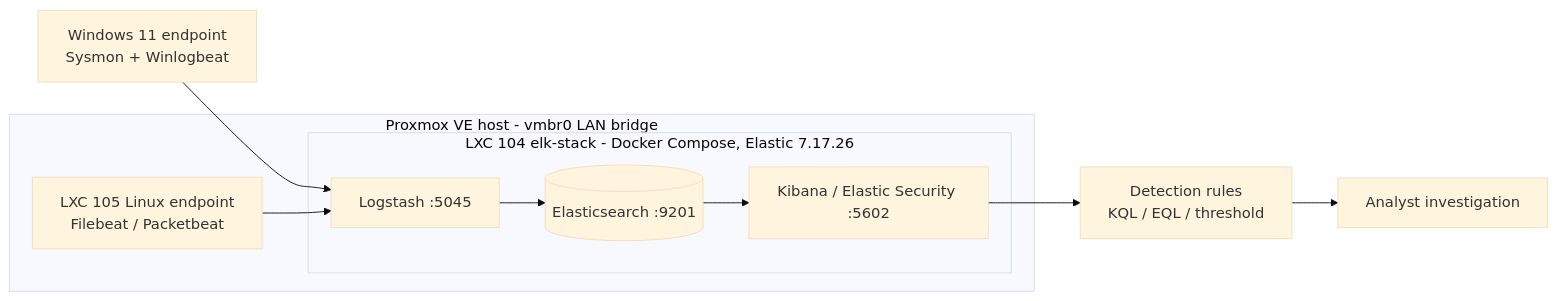
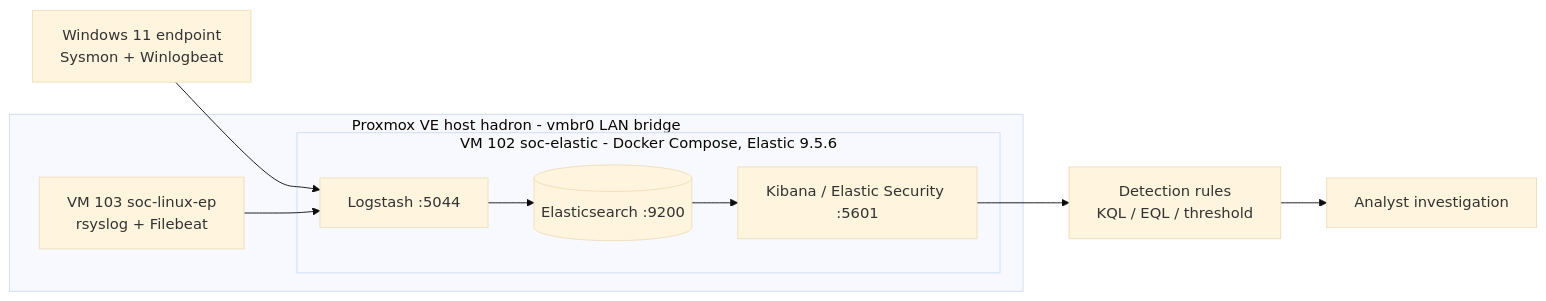
The diagram in docs/01-lab-architecture.md (Adrin0/SOC-Detection-Engineering-KQL-EQL-and-Alert-Noise-Reduction), drawn with Mermaid (base theme) before and after one commit. The commit also changed other lines of this file and 23 other files, not shown here.

````diff
--- a/docs/01-lab-architecture.md
+++ b/docs/01-lab-architecture.md
@@ -36,14 +37,14 @@
 ```mermaid
 flowchart LR
-    subgraph PVE["Proxmox VE host - vmbr0 LAN bridge"]
-        subgraph ELK["LXC 104 elk-stack - Docker Compose, Elastic 7.17.26"]
-            LS["Logstash :5045"] --> ES[("Elasticsearch :9201")]
-            ES --> KB["Kibana / Elastic Security :5602"]
+    subgraph PVE["Proxmox VE host hadron - vmbr0 LAN bridge"]
+        subgraph ELK["VM 102 soc-elastic - Docker Compose, Elastic 9.5.6"]
+            LS["Logstash :5044"] --> ES[("Elasticsearch :9200")]
+            ES --> KB["Kibana / Elastic Security :5601"]
         end
-        LNX["LXC 105 Linux endpoint<br/>Filebeat / Packetbeat"]
+        LNX["VM 103 soc-linux-ep<br/>rsyslog + Filebeat"]
     end
     WIN["Windows 11 endpoint<br/>Sysmon + Winlogbeat"] --> LS
     LNX --> LS
     KB --> DR["Detection rules<br/>KQL / EQL / threshold"]
     DR --> AN["Analyst investigation"]
 ```
````
